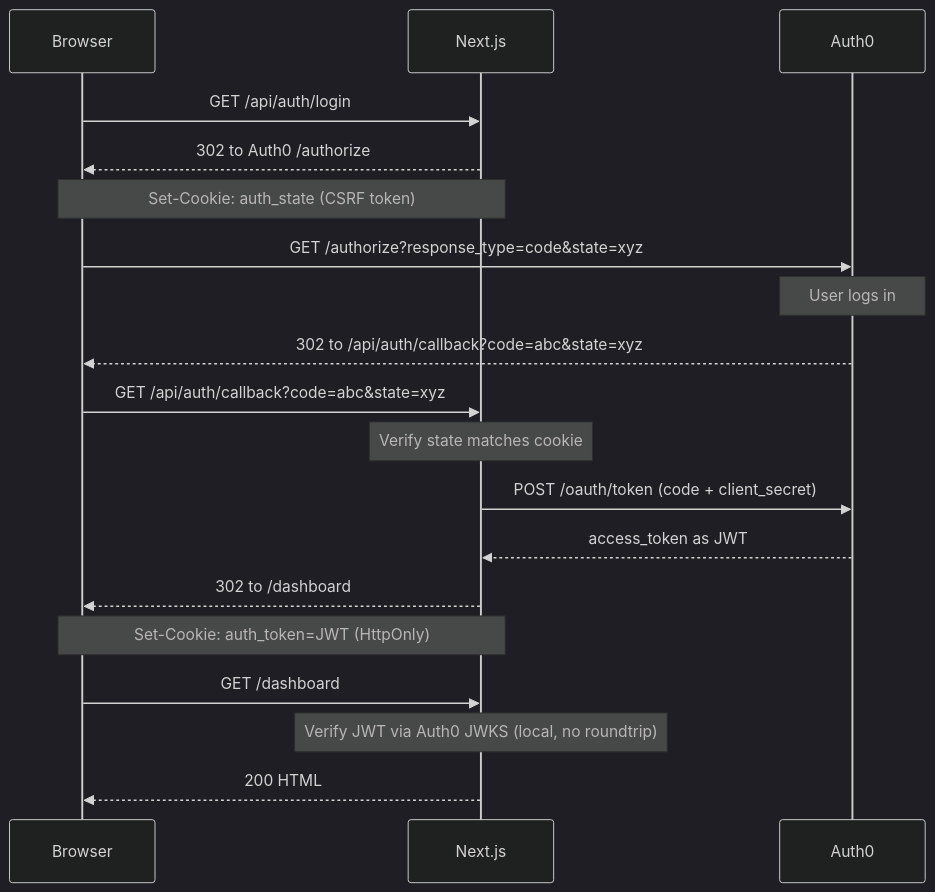
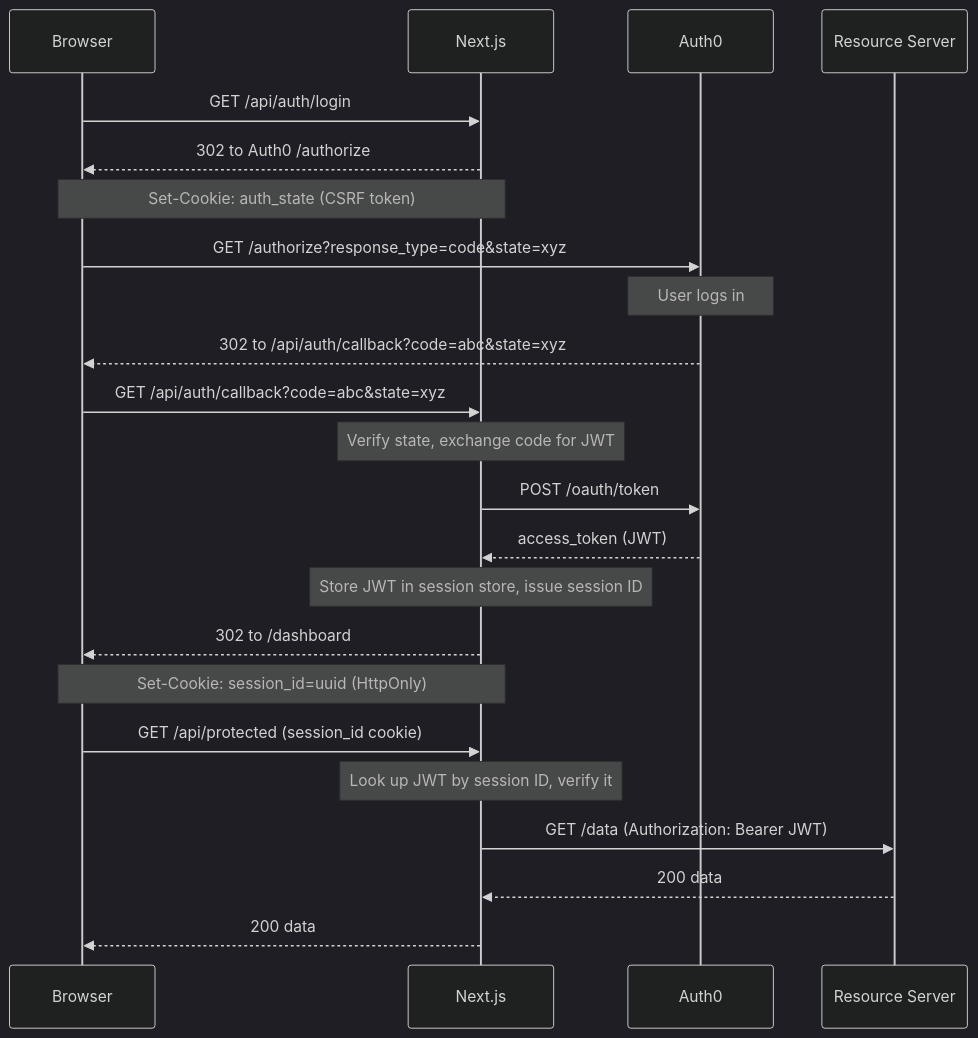
Before and after one commit to taha2009/auth0-nextjs: the diagram in README.md, drawn with Mermaid (dark theme). The commit also changed other lines of this file, not shown here.

First line of the commit message:
Update README for session store and BFF architecture

````diff
--- a/README.md
+++ b/README.md
@@ -11,25 +11,29 @@
 ```mermaid
 sequenceDiagram
     participant Browser
     participant Next.js
     participant Auth0
+    participant Resource Server
 
     Browser->>Next.js: GET /api/auth/login
     Next.js-->>Browser: 302 to Auth0 /authorize
     Note over Browser,Next.js: Set-Cookie: auth_state (CSRF token)
 
     Browser->>Auth0: GET /authorize?response_type=code&state=xyz
     Note over Auth0: User logs in
     Auth0-->>Browser: 302 to /api/auth/callback?code=abc&state=xyz
 
     Browser->>Next.js: GET /api/auth/callback?code=abc&state=xyz
-    Note over Next.js: Verify state matches cookie
-    Next.js->>Auth0: POST /oauth/token (code + client_secret)
-    Auth0-->>Next.js: access_token as JWT
+    Note over Next.js: Verify state, exchange code for JWT
+    Next.js->>Auth0: POST /oauth/token
+    Auth0-->>Next.js: access_token (JWT)
+    Note over Next.js: Store JWT in session store, issue session ID
     Next.js-->>Browser: 302 to /dashboard
-    Note over Browser,Next.js: Set-Cookie: auth_token=JWT (HttpOnly)
+    Note over Browser,Next.js: Set-Cookie: session_id=uuid (HttpOnly)
 
-    Browser->>Next.js: GET /dashboard
-    Note over Next.js: Verify JWT via Auth0 JWKS (local, no roundtrip)
-    Next.js-->>Browser: 200 HTML
+    Browser->>Next.js: GET /api/protected (session_id cookie)
+    Note over Next.js: Look up JWT by session ID, verify it
+    Next.js->>Resource Server: GET /data (Authorization: Bearer JWT)
+    Resource Server-->>Next.js: 200 data
+    Next.js-->>Browser: 200 data
 ```
````
